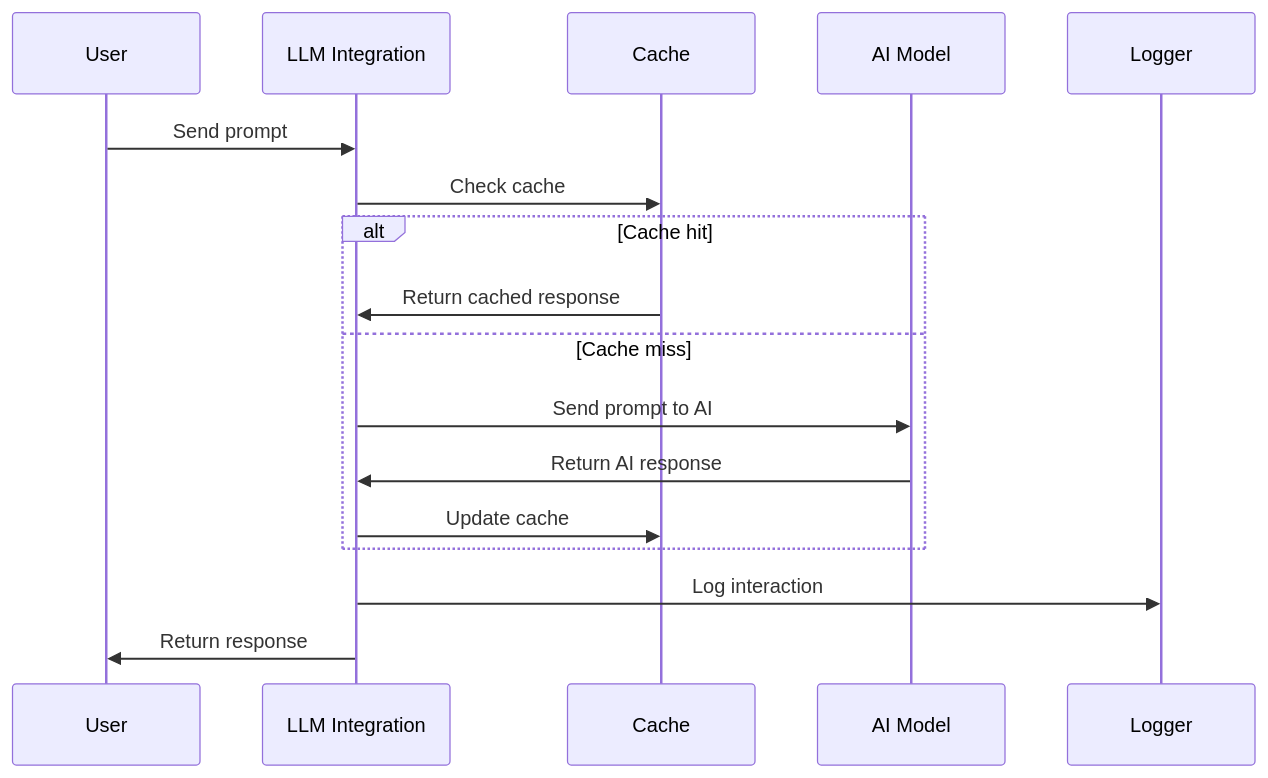
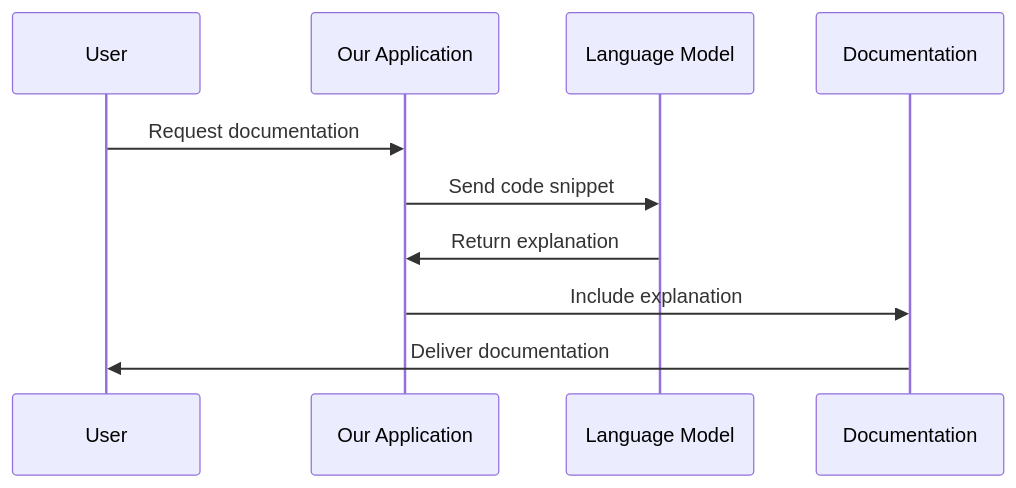
Before and after one commit to dygavieta/NewRepo: the sixth of 9 diagrams in README.md, drawn with Mermaid. The commit also changed other lines of this file, not shown here.

````diff
--- a/README.md
+++ b/README.md
@@ -516,20 +519,13 @@
 ```mermaid
 sequenceDiagram
-    participant U as User
-    participant LI as LLM Integration
-    participant C as Cache
-    participant A as AI Model
-    participant L as Logger
+    participant User
+    participant App as Our Application
+    participant LLM as Language Model
+    participant Doc as Documentation
 
-    U->>LI: Send prompt
-    LI->>C: Check cache
-    alt Cache hit
-        C->>LI: Return cached response
-    else Cache miss
-        LI->>A: Send prompt to AI
-        A->>LI: Return AI response
-        LI->>C: Update cache
-    end
-    LI->>L: Log interaction
-    LI->>U: Return response
+    User->>App: Request documentation
+    App->>LLM: Send code snippet
+    LLM->>App: Return explanation
+    App->>Doc: Include explanation
+    Doc->>User: Deliver documentation
 ```
````
